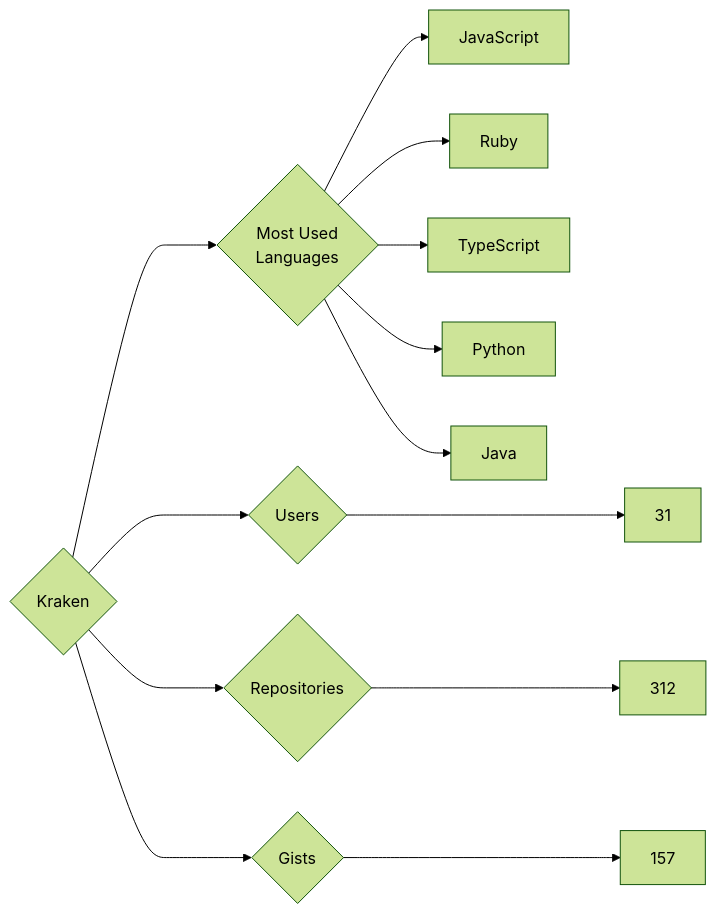
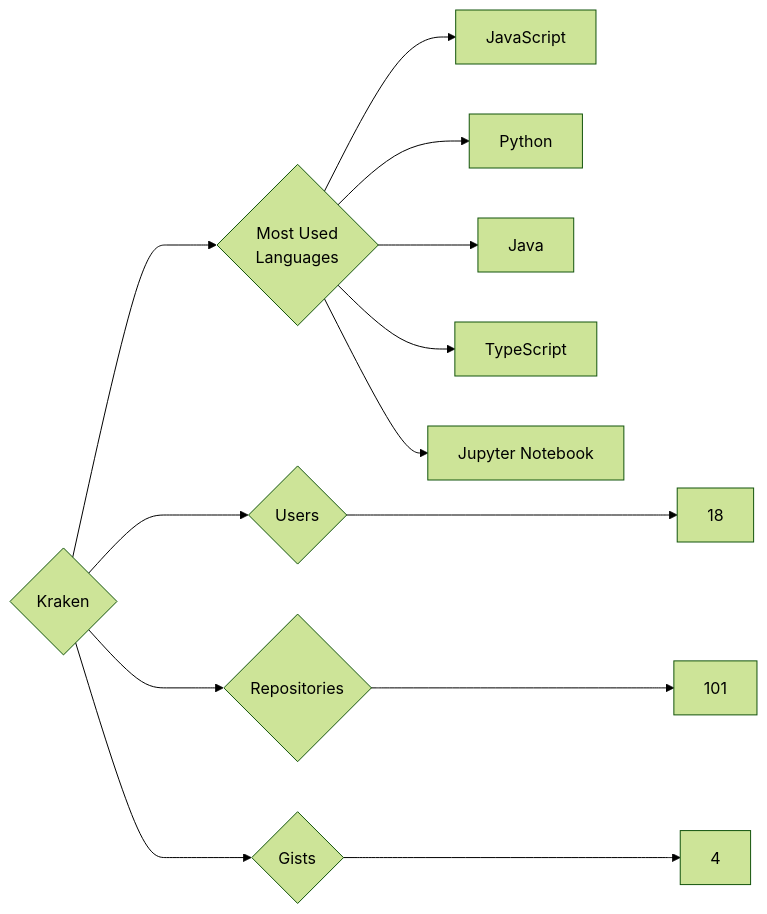
Before and after one commit to trickest/insiders: the diagram in targets/Kraken/README.md, drawn with Mermaid (forest theme). The commit also changed 916 other files, not shown here.

````diff
--- a/targets/Kraken/README.md
+++ b/targets/Kraken/README.md
@@ -3,13 +3,13 @@
 ```mermaid
 graph LR
 COMPANY_NAME{Kraken}
-COMPANY_NAME ---> U{Users} ---> UN[31]
-COMPANY_NAME ---> R{Repositories} ---> RN[312]
-COMPANY_NAME ---> G{Gists} ---> GN[157]
+COMPANY_NAME ---> U{Users} ---> UN[18]
+COMPANY_NAME ---> R{Repositories} ---> RN[101]
+COMPANY_NAME ---> G{Gists} ---> GN[4]
 COMPANY_NAME ---> ML{Most Used<br>Languages}
 ML --> JavaScript[JavaScript]
-ML --> Ruby[Ruby]
-ML --> TypeScript[TypeScript]
 ML --> Python[Python]
 ML --> Java[Java]
+ML --> TypeScript[TypeScript]
+ML --> Jupyter_Notebook[Jupyter Notebook]
 ```
````
